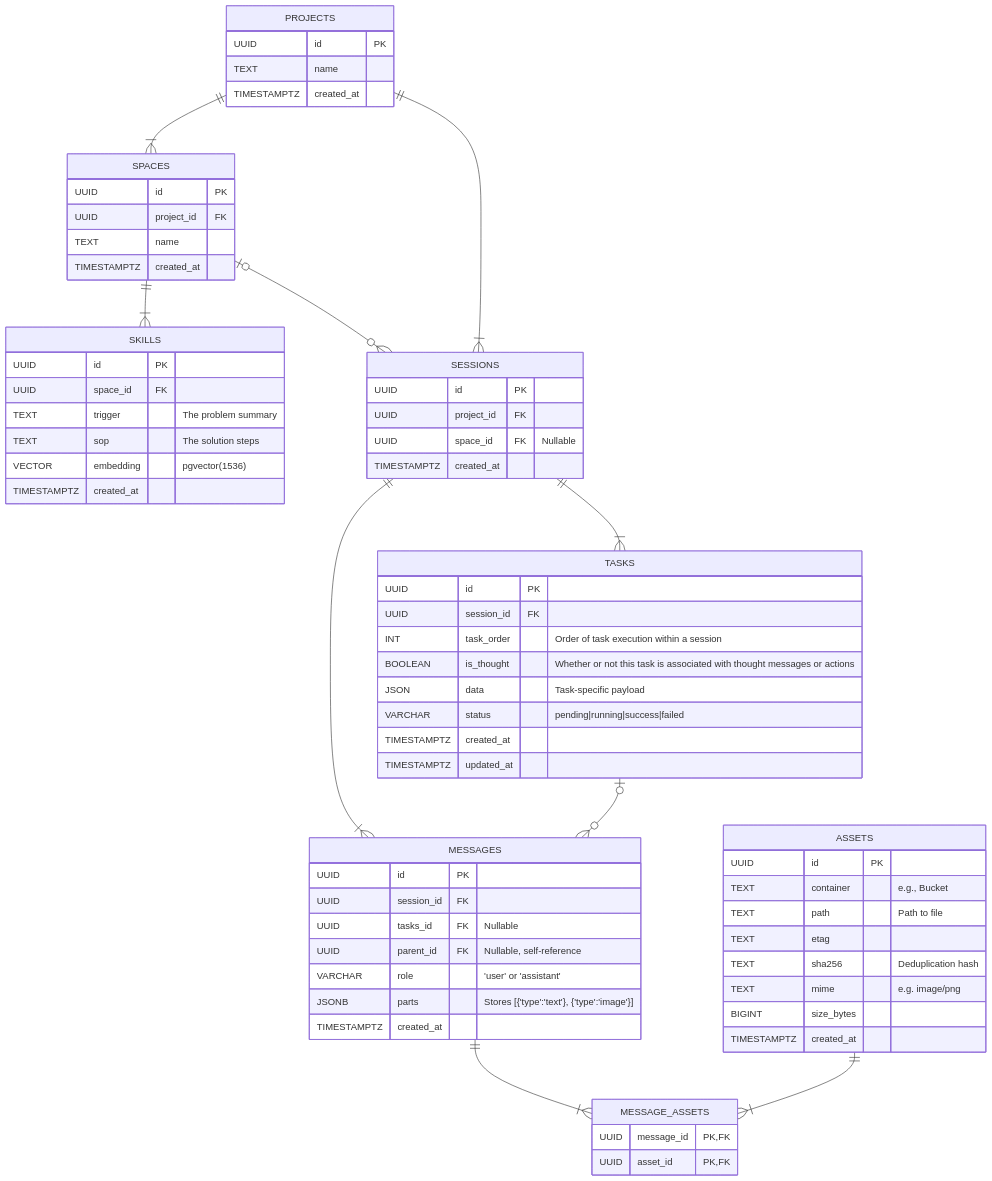
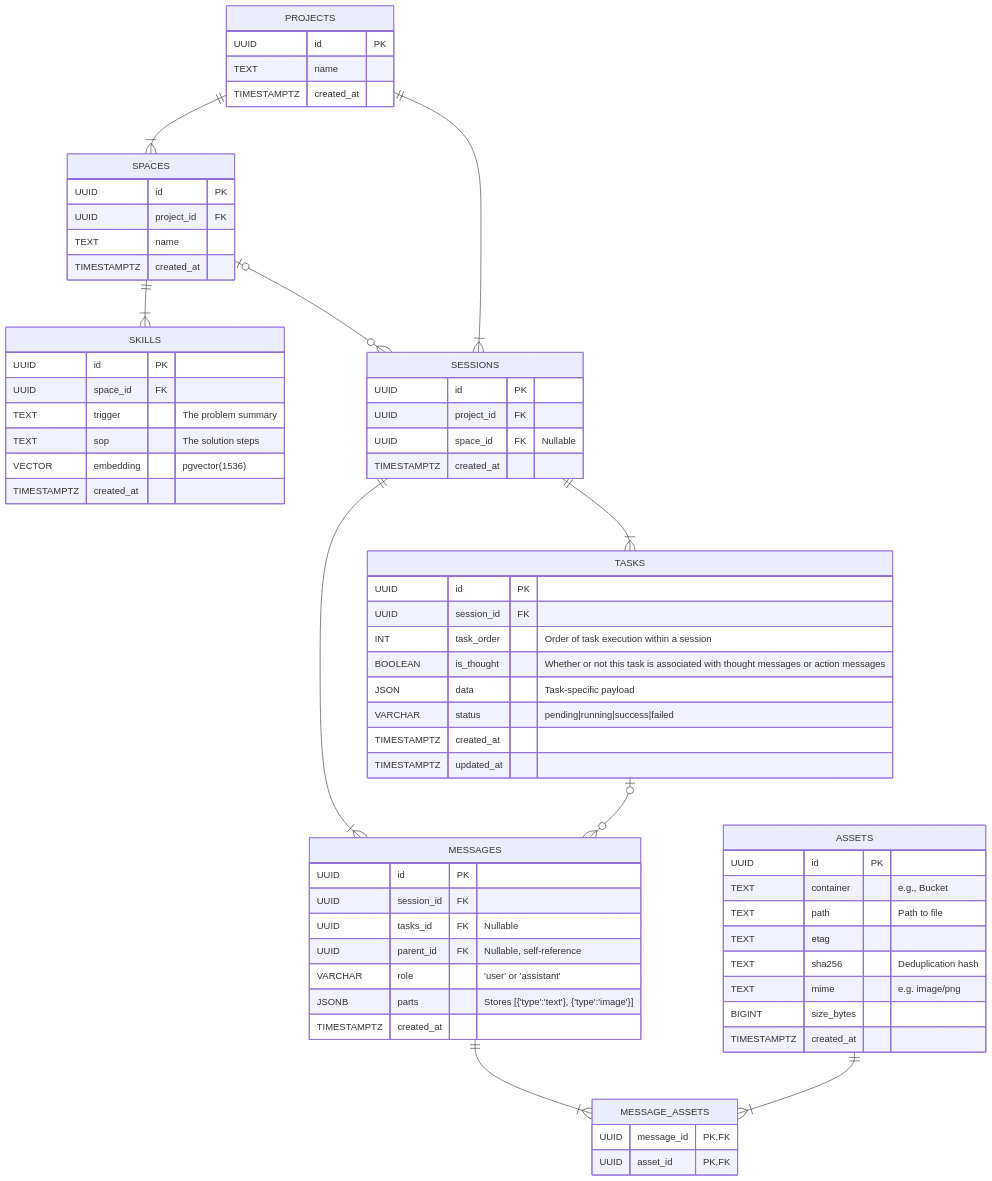
The second of 2 diagrams in README.md (w-h-a/gomento), drawn with Mermaid before and after one commit. The commit also changed other lines of this file, not shown here.

````diff
--- a/README.md
+++ b/README.md
@@ -70,82 +68,82 @@
 ```mermaid
 erDiagram
     PROJECTS {
         UUID id PK
         TEXT name
         TIMESTAMPTZ created_at
     }
 
     SPACES {
         UUID id PK
         UUID project_id FK
         TEXT name
         TIMESTAMPTZ created_at
     }
 
     SKILLS {
         UUID id PK
         UUID space_id FK
         TEXT trigger "The problem summary"
         TEXT sop "The solution steps"
         VECTOR embedding "pgvector(1536)"
         TIMESTAMPTZ created_at
     }
 
     SESSIONS {
         UUID id PK
         UUID project_id FK
         UUID space_id FK "Nullable"
         TIMESTAMPTZ created_at
     }
 
     TASKS {
         UUID id PK
         UUID session_id FK
         INT task_order "Order of task execution within a session"
-        BOOLEAN is_thought "Whether or not this task is associated with thought messages or actions"
+        BOOLEAN is_thought "Whether or not this task is associated with thought messages or action messages"
         JSON data "Task-specific payload"
         VARCHAR status "pending|running|success|failed"
         TIMESTAMPTZ created_at
         TIMESTAMPTZ updated_at
     }
 
     MESSAGES {
         UUID id PK
         UUID session_id FK
         UUID tasks_id FK "Nullable"
         UUID parent_id FK "Nullable, self-reference"
         VARCHAR role "'user' or 'assistant'"
         JSONB parts "Stores [{'type':'text'}, {'type':'image'}]"
         TIMESTAMPTZ created_at
     }
 
     ASSETS {
         UUID id PK
         TEXT container "e.g., Bucket"
         TEXT path "Path to file"
         TEXT etag
         TEXT sha256 "Deduplication hash"
         TEXT mime "e.g. image/png"
         BIGINT size_bytes
         TIMESTAMPTZ created_at
     }
 
     MESSAGE_ASSETS {
         UUID message_id PK, FK
         UUID asset_id PK, FK
     }
 
     PROJECTS ||--|{ SPACES : ""
     PROJECTS ||--|{ SESSIONS : ""
     
     SPACES ||--|{ SKILLS : ""
     SPACES |o--o{ SESSIONS : ""
     
     SESSIONS ||--|{ MESSAGES : ""
     SESSIONS ||--|{ TASKS : ""
 
     TASKS |o--o{ MESSAGES : ""
 
     MESSAGES ||--|{ MESSAGE_ASSETS : ""
     ASSETS ||--|{ MESSAGE_ASSETS : ""
 ```
````
